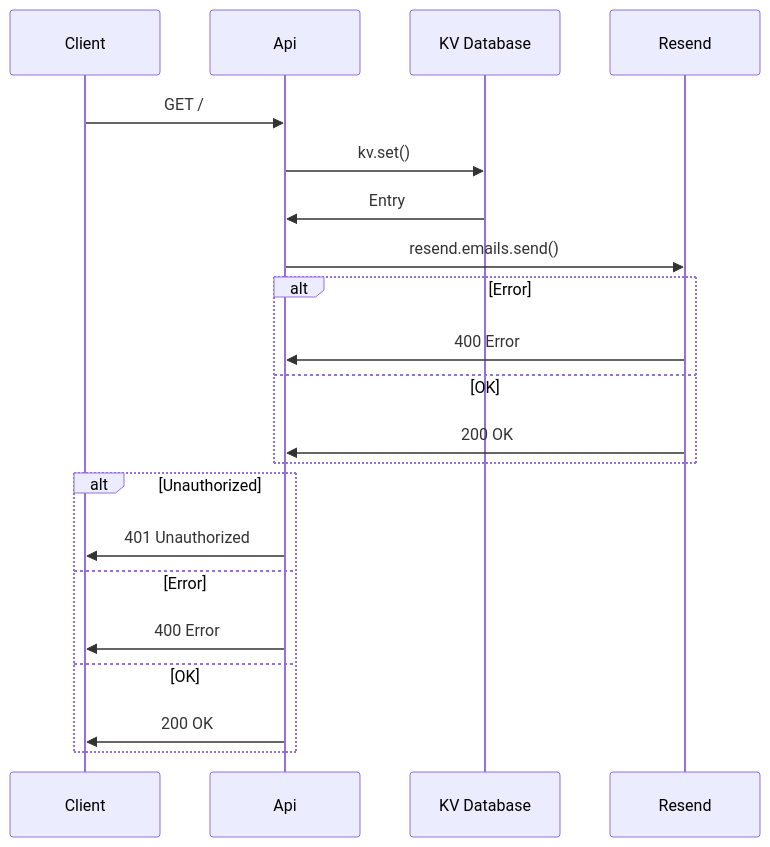
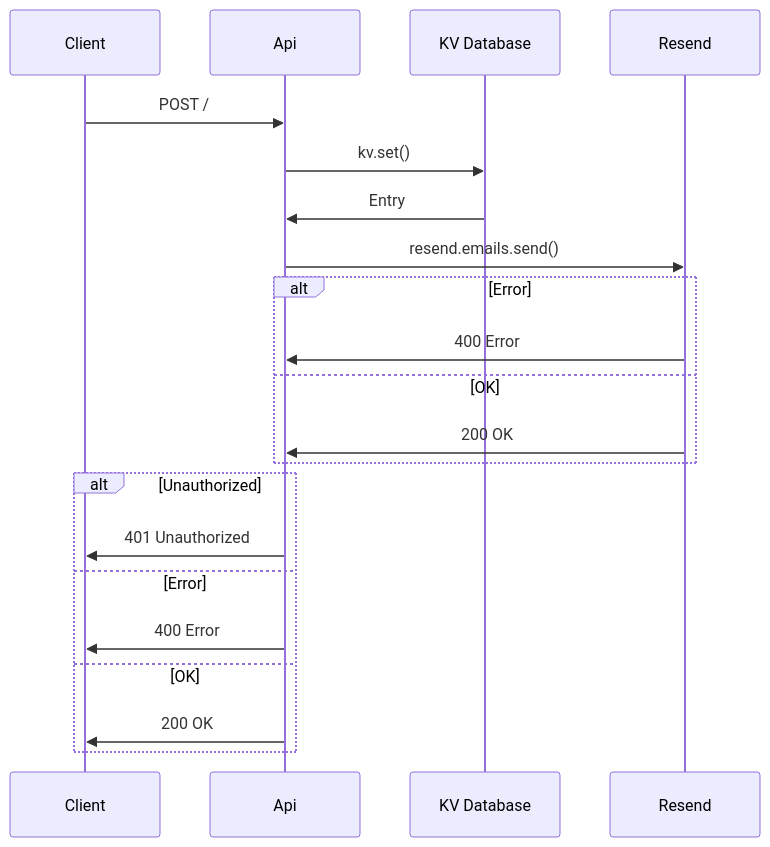
The second of 3 diagrams in readme.md (nn1-dev/api-feedback), drawn with Mermaid before and after one commit. The commit also changed other lines of this file, not shown here.

````diff
--- a/readme.md
+++ b/readme.md
@@ -58,23 +58,23 @@
 ```mermaid
 sequenceDiagram
     participant Client
     participant Api
     participant Db as KV Database
     participant Resend
-    Client->>Api: GET /
+    Client->>Api: POST /
     Api->>Db: kv.set()
     Db->>Api: Entry
     Api->>Resend: resend.emails.send()
     alt Error
         Resend->>Api: 400 Error
     else OK
         Resend->>Api: 200 OK
     end
     alt Unauthorized
         Api->>Client: 401 Unauthorized
     else Error
         Api->>Client: 400 Error
     else OK
         Api->>Client: 200 OK
     end
 ```
````
